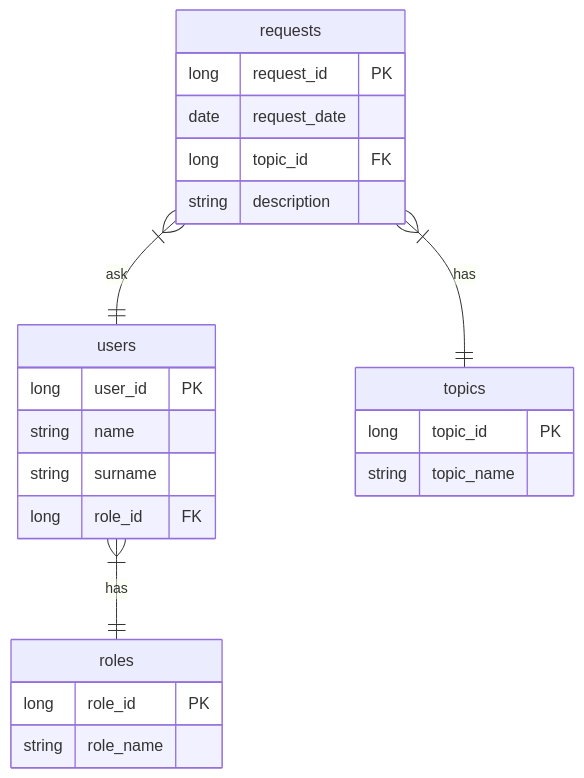
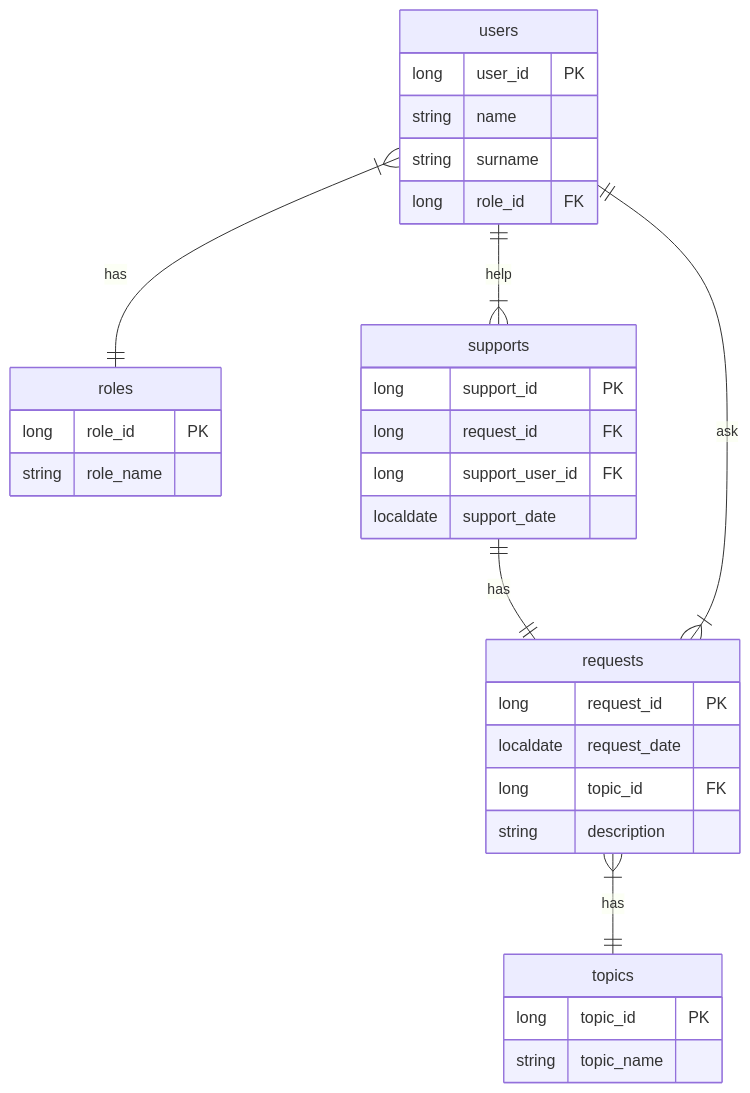
Before and after one commit to dmbiee/project-java-spring-IT_departmentAPI: the diagram in README.md, drawn with Mermaid.

Commit message:
dock: add table support in diagram

````diff
--- a/README.md
+++ b/README.md
@@ -1,31 +1,40 @@
 ```mermaid
     erDiagram
     roles{
         long role_id PK
         string role_name
     }
     
     users {
         long user_id PK
         string name
         string surname
         long role_id FK
     }
     
     requests {
         long request_id PK
-        date request_date
+        localdate request_date
         long topic_id FK
         string description
     }
 
     topics {
         long topic_id PK
         string topic_name
     }
 
+    supports {
+        long support_id PK
+        long request_id FK
+        long support_user_id FK
+        localdate support_date
+    }
+
+    users ||--|{ supports : help
+    supports ||--|| requests : has 
     requests }|--|| users : ask
     requests }|--|| topics : has
     users }|--|| roles : has
 
 ```
````
